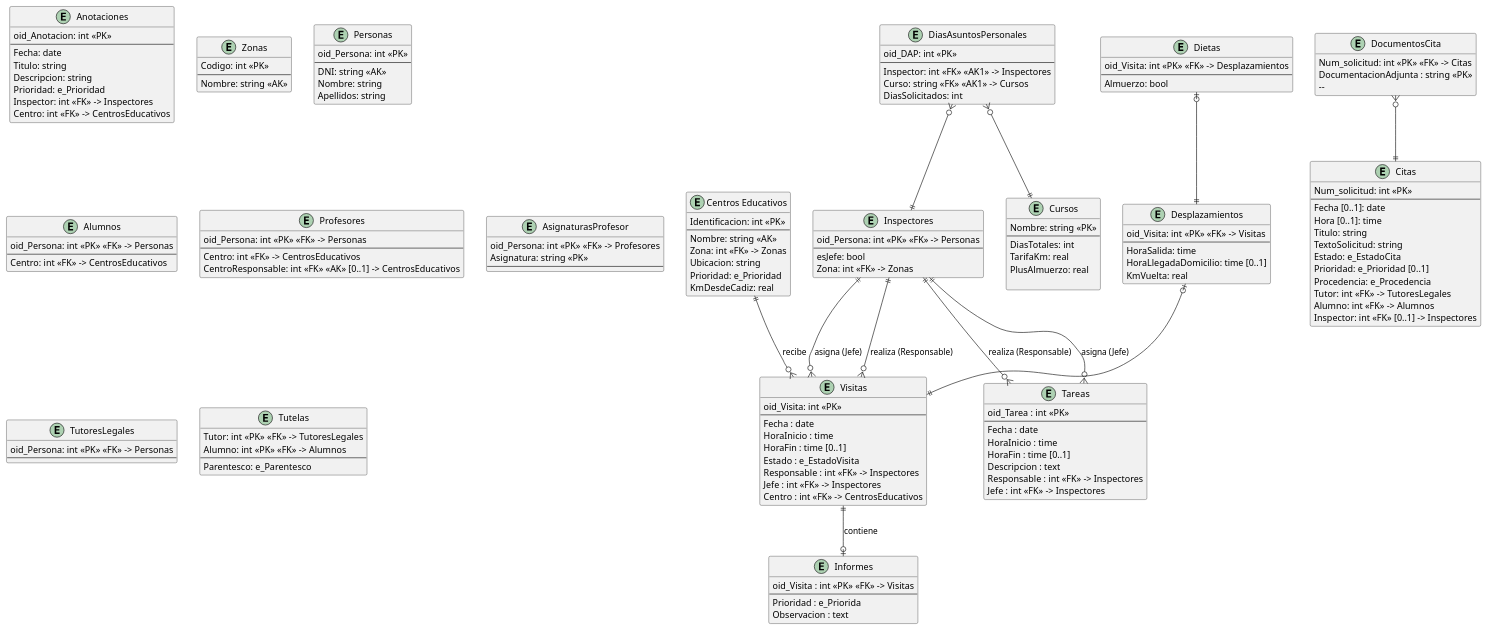
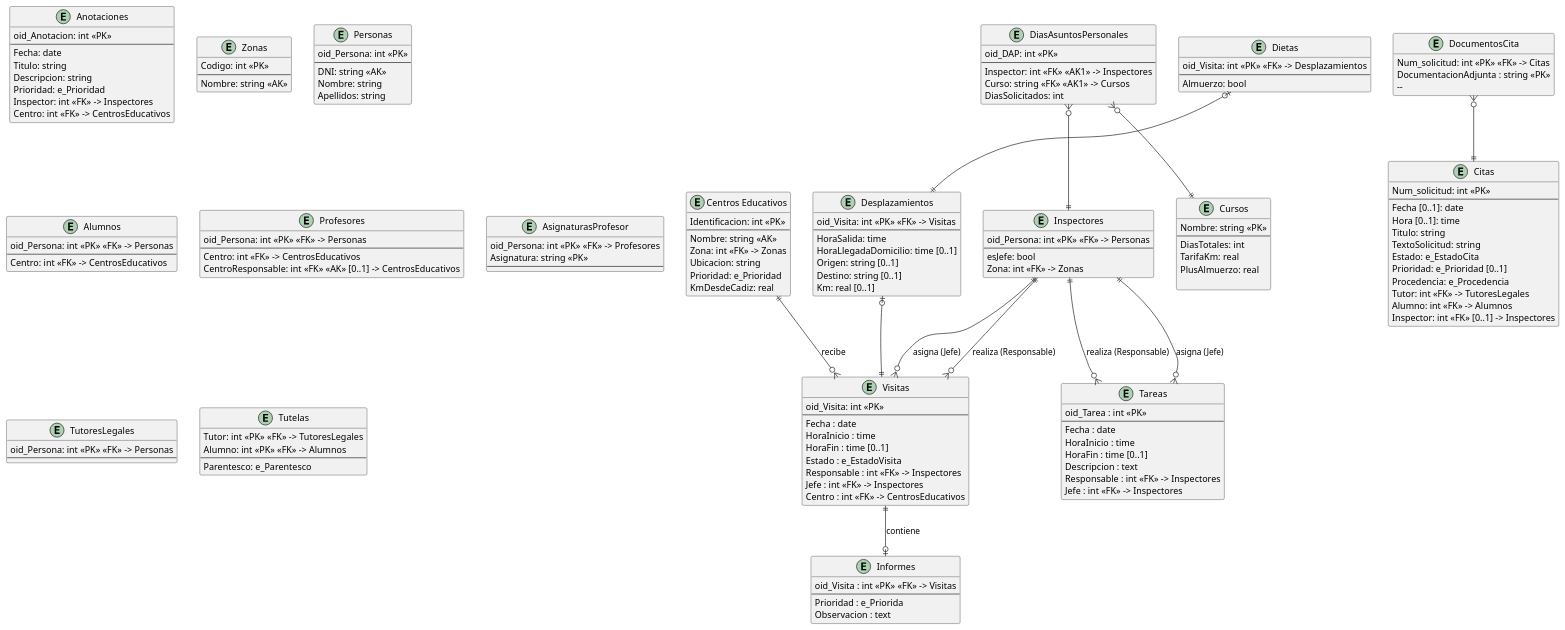
Before and after one commit to lorenzomaranon/ProyectoBD_Inspeccion_Educativa: the diagram in modelado/modelado_relacional.puml, drawn with PlantUML. The commit also changed 3 other files, not shown here.

Commit message:
Sustituye KmVuelta por Origen, Destino y Km en Desplazamientos

```diff
--- a/modelado/modelado_relacional.puml
+++ b/modelado/modelado_relacional.puml
@@ -1,177 +1,179 @@
 @startuml modelado_relacional
 hide methods
 skinparam ClassAttributeIconSize 0
 
 
 entity "Centros Educativos" as CentrosEducativos {
     Identificacion: int <<PK>>
     --
     Nombre: string <<AK>>
     Zona: int <<FK>> -> Zonas
     Ubicacion: string
     Prioridad: e_Prioridad
     KmDesdeCadiz: real
 }
 
 entity DocumentosCita {
     Num_solicitud: int <<PK>> <<FK>> -> Citas
     DocumentacionAdjunta : string <<PK>>
     --   
 }
 
 entity Citas {
     Num_solicitud: int <<PK>> 
     --
     Fecha [0..1]: date
     Hora [0..1]: time
     Titulo: string
     TextoSolicitud: string
     Estado: e_EstadoCita
     Prioridad: e_Prioridad [0..1]
     Procedencia: e_Procedencia
     Tutor: int <<FK>> -> TutoresLegales
     Alumno: int <<FK>> -> Alumnos
     Inspector: int <<FK>> [0..1] -> Inspectores
 }
 
 entity Anotaciones {
     oid_Anotacion: int <<PK>>
     --
     Fecha: date
     Titulo: string
     Descripcion: string
     Prioridad: e_Prioridad
     Inspector: int <<FK>> -> Inspectores
     Centro: int <<FK>> -> CentrosEducativos
 }
 
 entity Visitas {
     oid_Visita: int <<PK>>
     --
     Fecha : date
     HoraInicio : time
     HoraFin : time [0..1]
     Estado : e_EstadoVisita
     Responsable : int <<FK>> -> Inspectores
     Jefe : int <<FK>> -> Inspectores
     Centro : int <<FK>> -> CentrosEducativos
 }
 
 entity Informes {
     oid_Visita : int <<PK>> <<FK>> -> Visitas
     --
     Prioridad : e_Priorida
     Observacion : text
 }
 
 entity Tareas {
     oid_Tarea : int <<PK>>
     --
     Fecha : date
     HoraInicio : time
     HoraFin : time [0..1]
     Descripcion : text
     Responsable : int <<FK>> -> Inspectores
     Jefe : int <<FK>> -> Inspectores
 }
 
 entity Zonas {
     Codigo: int <<PK>>
     --
     Nombre: string <<AK>>
 }
 
 entity Personas {
     oid_Persona: int <<PK>>
     --
     DNI: string <<AK>>
     Nombre: string
     Apellidos: string
 }
 
 entity Inspectores {
     oid_Persona: int <<PK>> <<FK>> -> Personas
     --
     esJefe: bool
     Zona: int <<FK>> -> Zonas
 }
 
 entity Alumnos {
     oid_Persona: int <<PK>> <<FK>> -> Personas
     --
     Centro: int <<FK>> -> CentrosEducativos
 }
 
 entity Profesores {
     oid_Persona: int <<PK>> <<FK>> -> Personas
     --
     Centro: int <<FK>> -> CentrosEducativos
     CentroResponsable: int <<FK>> <<AK>> [0..1] -> CentrosEducativos
 }
 
 entity AsignaturasProfesor {
     oid_Persona: int <<PK>> <<FK>> -> Profesores
     Asignatura: string <<PK>>
     --
 }
 
 entity TutoresLegales {
     oid_Persona: int <<PK>> <<FK>> -> Personas
     --
 }
 
 entity Tutelas {
     Tutor: int <<PK>> <<FK>> -> TutoresLegales
     Alumno: int <<PK>> <<FK>> -> Alumnos
     --
     Parentesco: e_Parentesco
 }
 
 Inspectores ||--o{ Visitas : realiza (Responsable)
 Inspectores ||--o{ Visitas : asigna (Jefe)
 Inspectores ||--o{ Tareas : realiza (Responsable)
 Inspectores ||--o{ Tareas : asigna (Jefe)
 CentrosEducativos ||--o{ Visitas : recibe
 Visitas ||--o| Informes : contiene
 
 entity Desplazamientos {
     oid_Visita: int <<PK>> <<FK>> -> Visitas
     --
     HoraSalida: time
     HoraLlegadaDomicilio: time [0..1]
-    KmVuelta: real
+    Origen: string [0..1]
+    Destino: string [0..1]
+    Km: real [0..1]
 }
 
 entity Dietas {
     oid_Visita: int <<PK>> <<FK>> -> Desplazamientos
     --
     Almuerzo: bool
 }
 
 Desplazamientos |o--||Visitas
 Dietas |o--||Desplazamientos
 
 entity DiasAsuntosPersonales {
     oid_DAP: int <<PK>>
     --
     Inspector: int <<FK>> <<AK1>> -> Inspectores
     Curso: string <<FK>> <<AK1>> -> Cursos
     DiasSolicitados: int
 }
 
 entity Cursos {
     Nombre: string <<PK>>
     --
     DiasTotales: int
     TarifaKm: real
     PlusAlmuerzo: real
 
 }
 
 DiasAsuntosPersonales }o--||Cursos
 DiasAsuntosPersonales }o--||Inspectores
 
 '------- ASOCIACIONES --------------------------------------
 DocumentosCita }o--|| Citas
 
 @enduml
```
